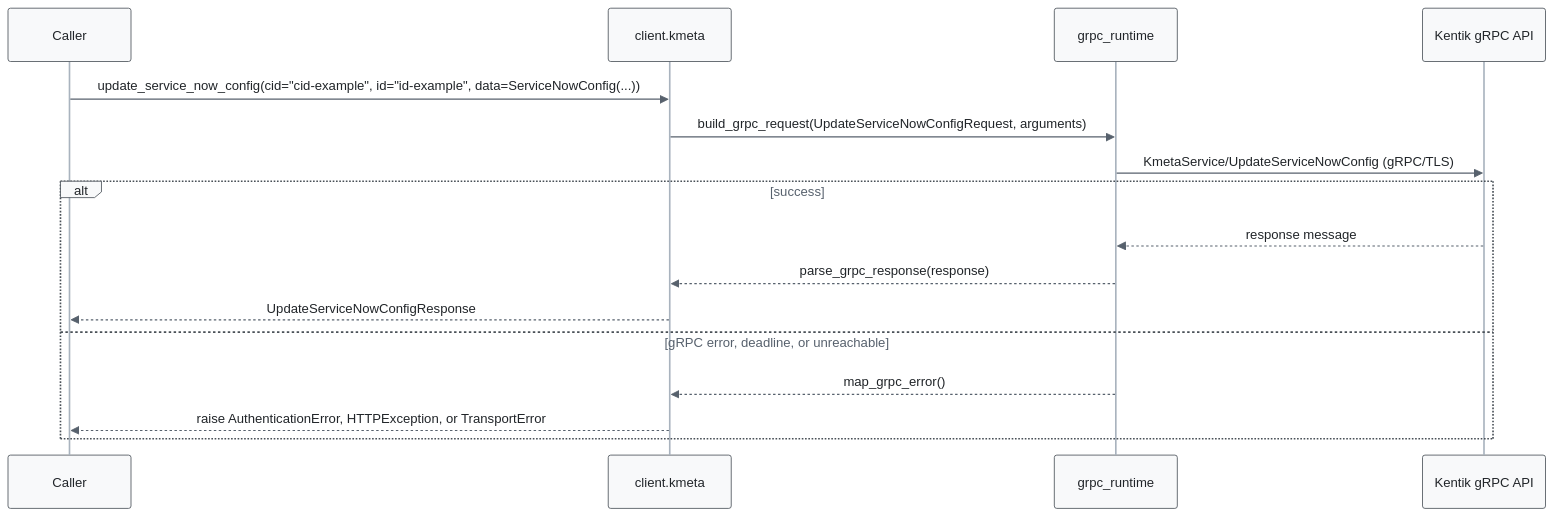
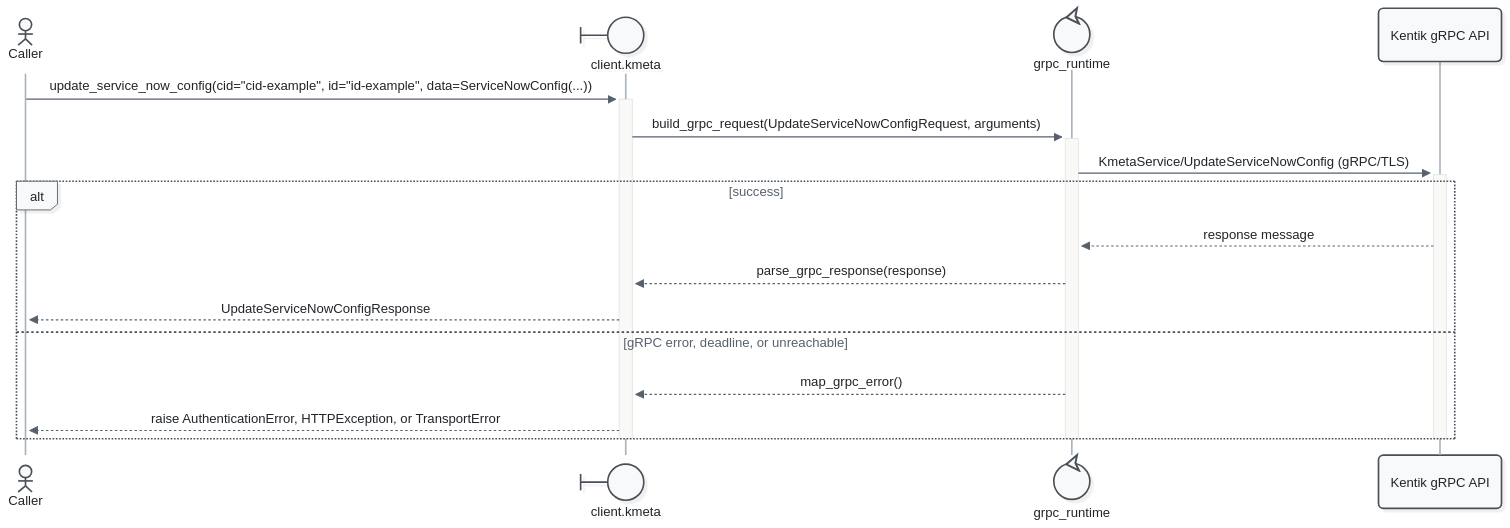
One commit to alexdearaujo/community_sdk_python changed the eighth of 11 diagrams in docs/sphinx/services/kmeta.md. Above: the diagram before and after it, drawn with Mermaid. The commit also changed other lines of this file and 52 other files, not shown here.

First line of the commit message:
docs: Mermaid 12 sequence diagrams with participant types and path colors

````diff
--- a/docs/sphinx/services/kmeta.md
+++ b/docs/sphinx/services/kmeta.md
@@ -294,20 +311,23 @@
 ```mermaid
-%%{init: {"theme": "base", "fontFamily": "ui-monospace, SFMono-Regular, Menlo, monospace", "themeVariables": {"fontFamily": "ui-monospace, SFMono-Regular, Menlo, monospace", "primaryColor": "#f8f9fa", "primaryBorderColor": "#495057", "primaryTextColor": "#212529", "textColor": "#212529", "lineColor": "#77818c", "edgeLabelBackground": "#ffffff", "actorBkg": "#f8f9fa", "actorBorder": "#495057", "actorTextColor": "#212529", "actorLineColor": "#a9b3be", "signalColor": "#57616d", "signalTextColor": "#212529", "labelBoxBkgColor": "#f8f9fa", "labelBoxBorderColor": "#495057", "labelTextColor": "#212529", "loopTextColor": "#57616d", "noteBkgColor": "#fff9db", "noteBorderColor": "#f08c00", "noteTextColor": "#a35a00"}, "flowchart": {"curve": "step", "nodeSpacing": 30, "rankSpacing": 70, "wrappingWidth": 400}}}%%
+%%{init: {"theme": "redux", "look": "neo", "layout": "dagre", "fontFamily": "ui-monospace, SFMono-Regular, Menlo, monospace", "themeVariables": {"fontFamily": "ui-monospace, SFMono-Regular, Menlo, monospace", "primaryColor": "#f8f9fa", "primaryBorderColor": "#495057", "primaryTextColor": "#212529", "textColor": "#212529", "lineColor": "#77818c", "edgeLabelBackground": "#ffffff", "actorBkg": "#f8f9fa", "actorBorder": "#495057", "actorTextColor": "#212529", "actorLineColor": "#a9b3be", "signalColor": "#57616d", "signalTextColor": "#212529", "labelBoxBkgColor": "#f8f9fa", "labelBoxBorderColor": "#495057", "labelTextColor": "#212529", "loopTextColor": "#57616d", "noteBkgColor": "#fff9db", "noteBorderColor": "#f08c00", "noteTextColor": "#a35a00"}, "sequence": {"activationWidth": 16}, "flowchart": {"curve": "step", "nodeSpacing": 30, "rankSpacing": 70, "wrappingWidth": 400}}}%%
 sequenceDiagram
-    participant C as Caller
-    participant W as client.kmeta
-    participant R as grpc_runtime
+    actor C as Caller
+    participant W@{ "type": "boundary" } as client.kmeta
+    participant R@{ "type": "control" } as grpc_runtime
     participant API as Kentik gRPC API
 
-    C->>W: update_service_now_config(cid="cid-example", id="id-example", data=ServiceNowConfig(...))
-    W->>R: build_grpc_request(UpdateServiceNowConfigRequest, arguments)
-    R->>API: KmetaService/UpdateServiceNowConfig (gRPC/TLS)
+    C->>+W: update_service_now_config(cid="cid-example", id="id-example", data=ServiceNowConfig(...))
+    W->>+R: build_grpc_request(UpdateServiceNowConfigRequest, arguments)
+    R->>+API: KmetaService/UpdateServiceNowConfig (gRPC/TLS)
     alt success
         API-->>R: response message
         R-->>W: parse_grpc_response(response)
         W-->>C: UpdateServiceNowConfigResponse
     else gRPC error, deadline, or unreachable
         R-->>W: map_grpc_error()
         W-->>C: raise AuthenticationError, HTTPException, or TransportError
     end
+    deactivate API
+    deactivate R
+    deactivate W
 ```
````
